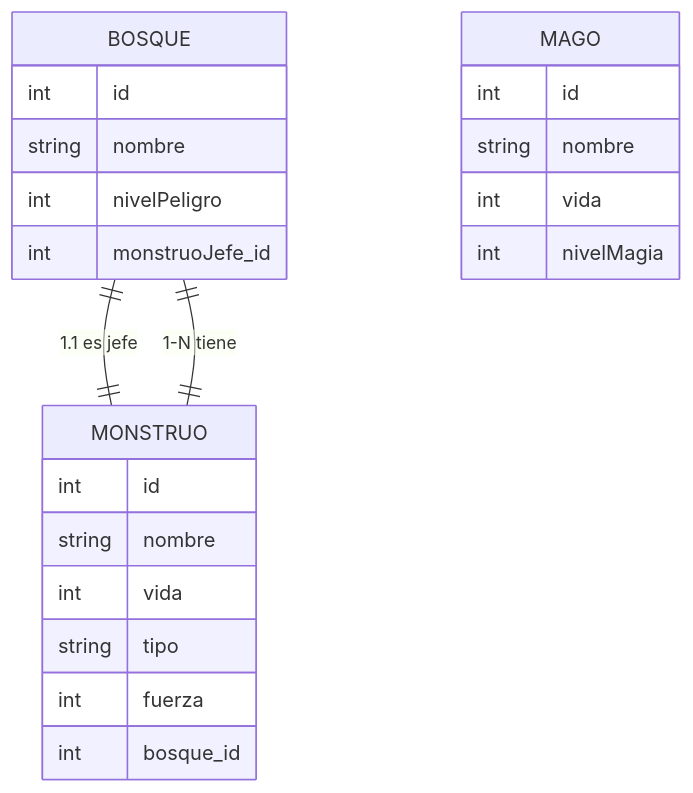
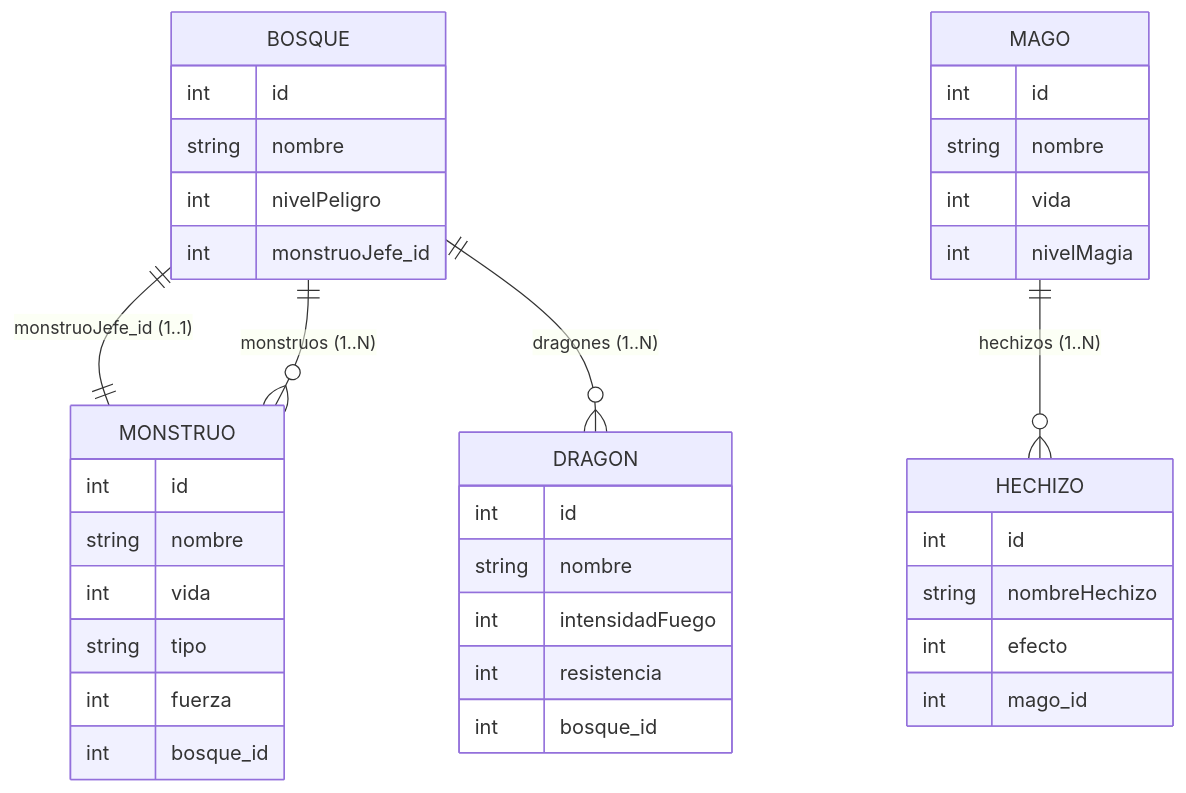
Before and after one commit to FernandoAR1/Dragonlandia: the second of 2 diagrams in README.md, drawn with Mermaid. The commit also changed other lines of this file, not shown here.

````diff
--- a/README.md
+++ b/README.md
@@ -72,28 +108,45 @@
 ```mermaid
 erDiagram
-    BOSQUE ||--|| MONSTRUO : "1.1 es jefe"
-    MONSTRUO ||--|| BOSQUE : "1-N tiene"
+    BOSQUE ||--|| MONSTRUO : "monstruoJefe_id (1..1)"
+    BOSQUE ||--o{ MONSTRUO : "monstruos (1..N)"
+    BOSQUE ||--o{ DRAGON : "dragones (1..N)"
+    MAGO ||--o{ HECHIZO : "hechizos (1..N)"
 
     MAGO {
         int id
         string nombre
         int vida
         int nivelMagia
+    }
+
+    HECHIZO {
+        int id
+        string nombreHechizo
+        int efecto
+        int mago_id
     }
 
     MONSTRUO {
         int id
         string nombre
         int vida
         string tipo
         int fuerza
         int bosque_id
     }
 
     BOSQUE {
         int id
         string nombre
         int nivelPeligro
         int monstruoJefe_id
     }
+
+    DRAGON {
+        int id
+        string nombre
+        int intensidadFuego
+        int resistencia
+        int bosque_id
+    }
 ```
````
